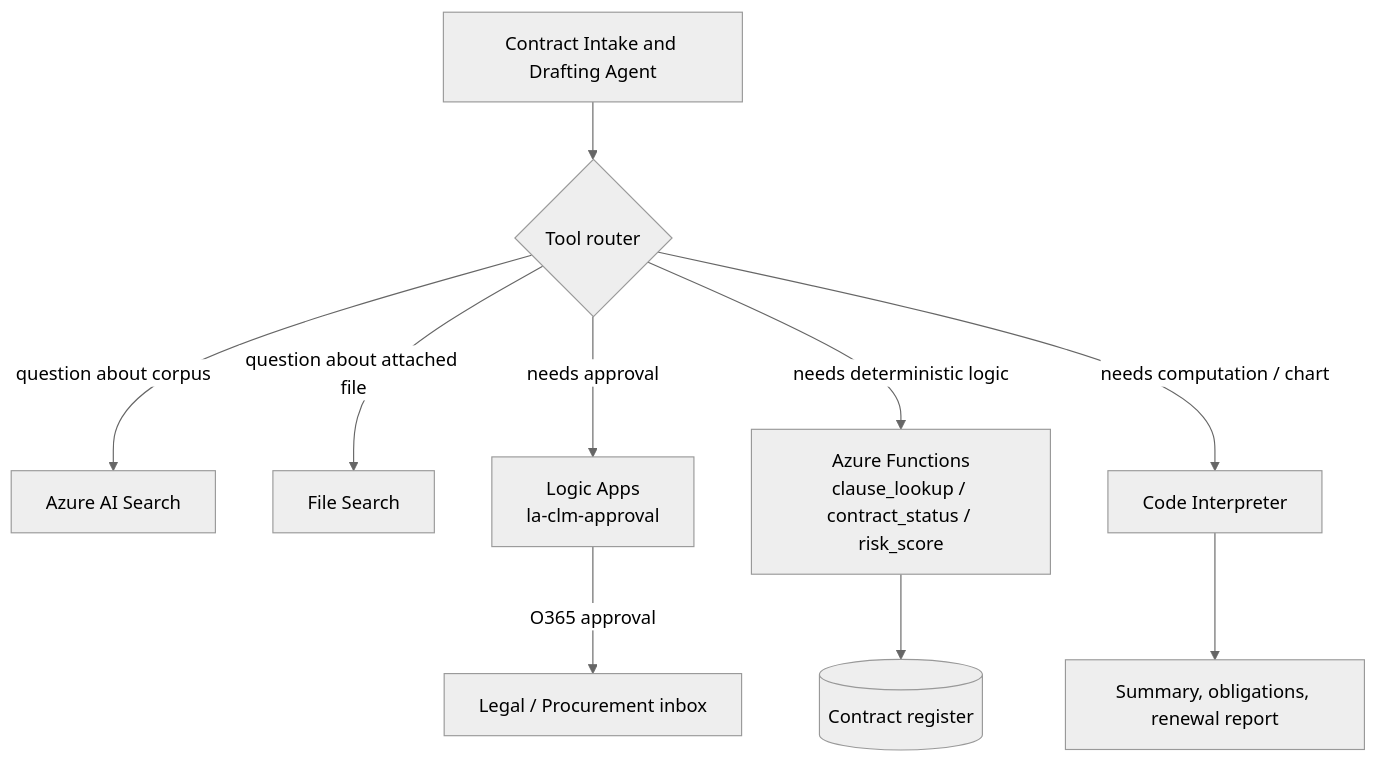
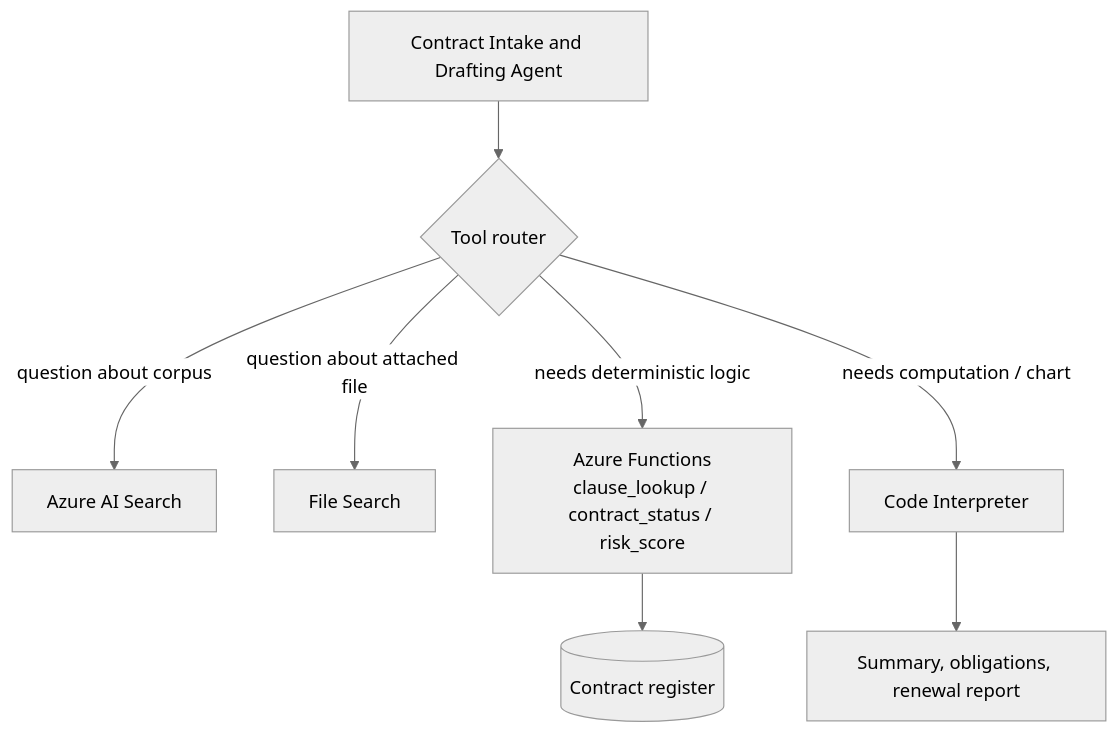
One commit to priyanka405/MS-Foundry-Microhack changed the diagram in challenges/challenge-3-tools-actions.md. Above: the diagram before and after it, drawn with Mermaid (neutral theme). The commit also changed other lines of this file, not shown here.

Commit message:
Remove Logic Apps; update Challenge 3 to focus on 4 tools

````diff
--- a/challenges/challenge-3-tools-actions.md
+++ b/challenges/challenge-3-tools-actions.md
@@ -46,12 +44,10 @@
 ```mermaid
 flowchart TD
     A[Contract Intake and Drafting Agent] --> T{Tool router}
     T -->|"question about corpus"| S[Azure AI Search]
     T -->|"question about attached file"| FS[File Search]
-    T -->|"needs approval"| LA[Logic Apps<br/>la-clm-approval]
     T -->|"needs deterministic logic"| FN[Azure Functions<br/>clause_lookup / contract_status / risk_score]
     T -->|"needs computation / chart"| CI[Code Interpreter]
-    LA -->|"O365 approval"| Legal[Legal / Procurement inbox]
     FN --> DB[(Contract register)]
     CI --> Out[Summary, obligations, renewal report]
 ```
````
